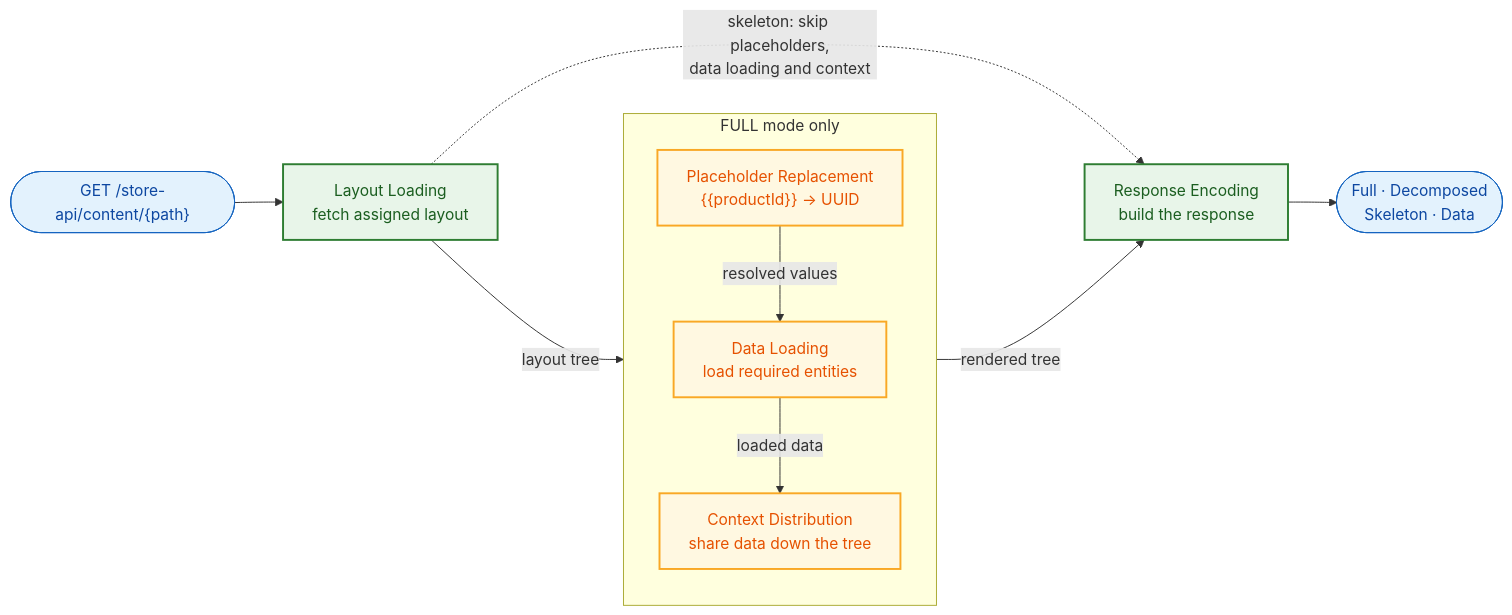
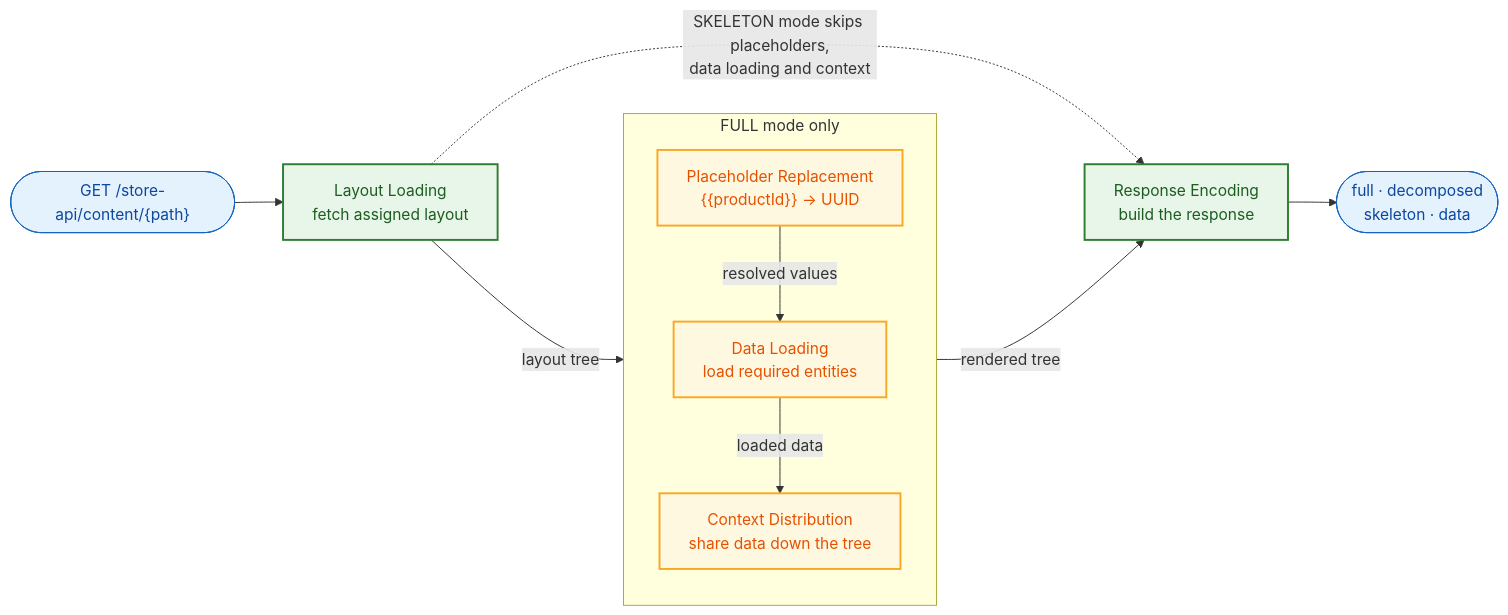
One commit to shopware/shopware changed the diagram in src/Core/Framework/ContentSystem/docs/data-flow.md. Above: the diagram before and after it, drawn with Mermaid. The commit also changed 73 other files, not shown here.

````diff
--- a/src/Core/Framework/ContentSystem/docs/data-flow.md
+++ b/src/Core/Framework/ContentSystem/docs/data-flow.md
@@ -3,30 +3,30 @@
 ```mermaid
 graph LR
     REQ(["GET /store-api/content/{path}"]) --> A
 
     A["Layout Loading<br/>fetch assigned layout"]
 
     subgraph FULLONLY["FULL mode only"]
         direction TB
         B["Placeholder Replacement<br/>{{productId}} → UUID"]
         C["Data Loading<br/>load required entities"]
         D["Context Distribution<br/>share data down the tree"]
         B -- "resolved values" --> C
         C -- "loaded data" --> D
     end
 
     E["Response Encoding<br/>build the response"]
-    RES(["Full · Decomposed<br/>Skeleton · Data"])
+    RES(["full · decomposed<br/>skeleton · data"])
 
     A -- "layout tree" --> B
     D -- "rendered tree" --> E
     E --> RES
-    A -. "skeleton: skip placeholders,<br/>data loading and context" .-> E
+    A -. "SKELETON mode skips placeholders,<br/>data loading and context" .-> E
 
     classDef io fill:#e3f2fd,stroke:#1565c0,stroke-width:1px,color:#0d47a1
     classDef step fill:#e8f5e9,stroke:#2e7d32,stroke-width:2px,color:#1b5e20
     classDef hydr fill:#fff8e1,stroke:#f9a825,stroke-width:2px,color:#e65100
     class REQ,RES io
     class A,E step
     class B,C,D hydr
 ```
````
